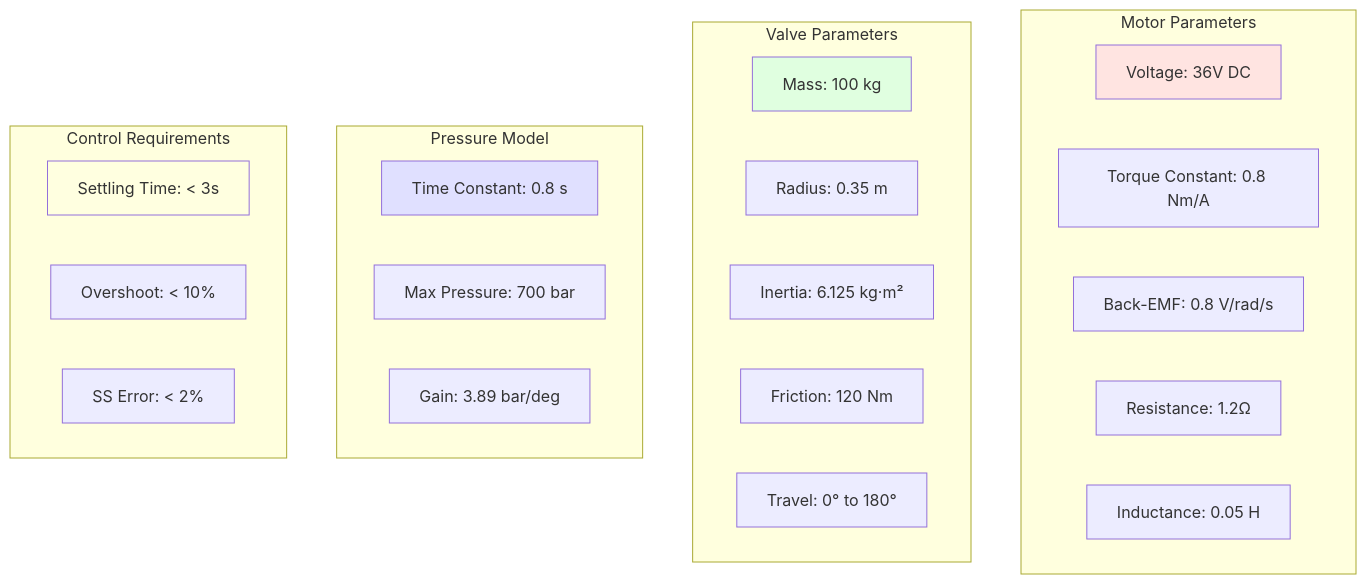
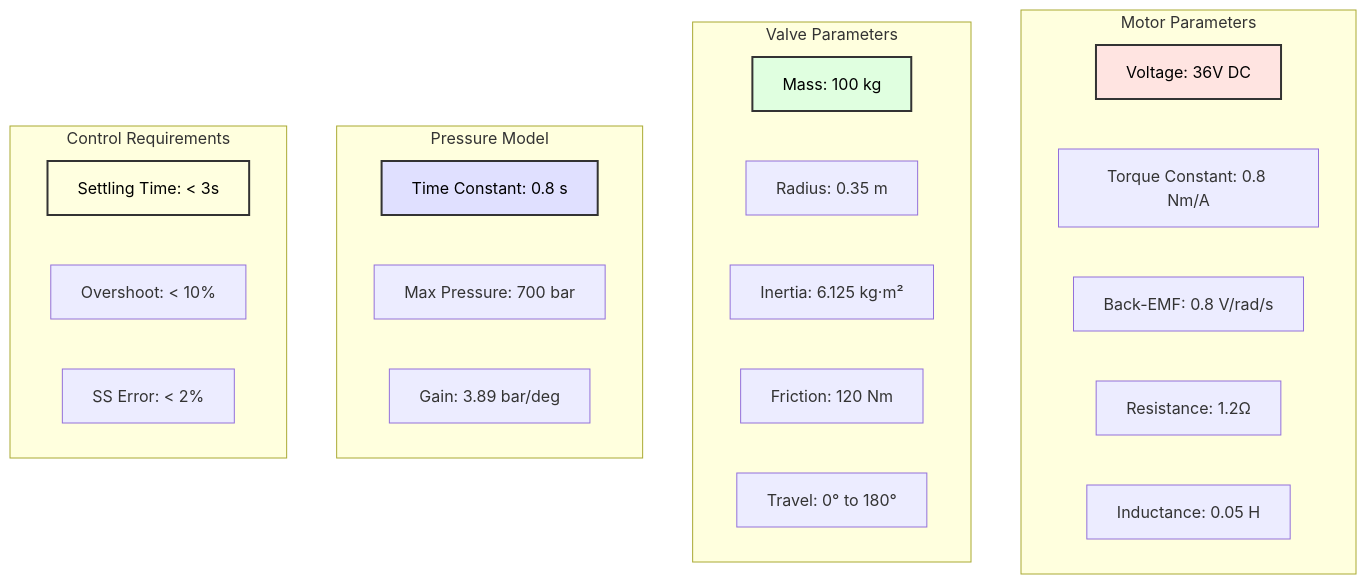
Before and after one commit to chetan0021/pressure_regulation: the fourth of 5 diagrams in README.md, drawn with Mermaid. The commit also changed other lines of this file, not shown here.

Commit message:
Fix Mermaid diagram text visibility with better contrast

````diff
--- a/README.md
+++ b/README.md
@@ -97,35 +97,35 @@
 ```mermaid
 graph TB
     subgraph "Motor Parameters"
         M1[Voltage: 36V DC]
         M2[Torque Constant: 0.8 Nm/A]
         M3[Back-EMF: 0.8 V/rad/s]
         M4[Resistance: 1.2Ω]
         M5[Inductance: 0.05 H]
     end
     
     subgraph "Valve Parameters"
         V1[Mass: 100 kg]
         V2[Radius: 0.35 m]
         V3[Inertia: 6.125 kg·m²]
         V4[Friction: 120 Nm]
         V5[Travel: 0° to 180°]
     end
     
     subgraph "Pressure Model"
         P1[Time Constant: 0.8 s]
         P2[Max Pressure: 700 bar]
         P3[Gain: 3.89 bar/deg]
     end
     
     subgraph "Control Requirements"
         C1[Settling Time: < 3s]
         C2[Overshoot: < 10%]
         C3[SS Error: < 2%]
     end
     
-    style M1 fill:#FFE4E1
-    style V1 fill:#E0FFE0
-    style P1 fill:#E0E0FF
-    style C1 fill:#FFFFE0
+    style M1 fill:#FFE4E1,stroke:#333,stroke-width:2px,color:#000
+    style V1 fill:#E0FFE0,stroke:#333,stroke-width:2px,color:#000
+    style P1 fill:#E0E0FF,stroke:#333,stroke-width:2px,color:#000
+    style C1 fill:#FFFFE0,stroke:#333,stroke-width:2px,color:#000
 ```
````
